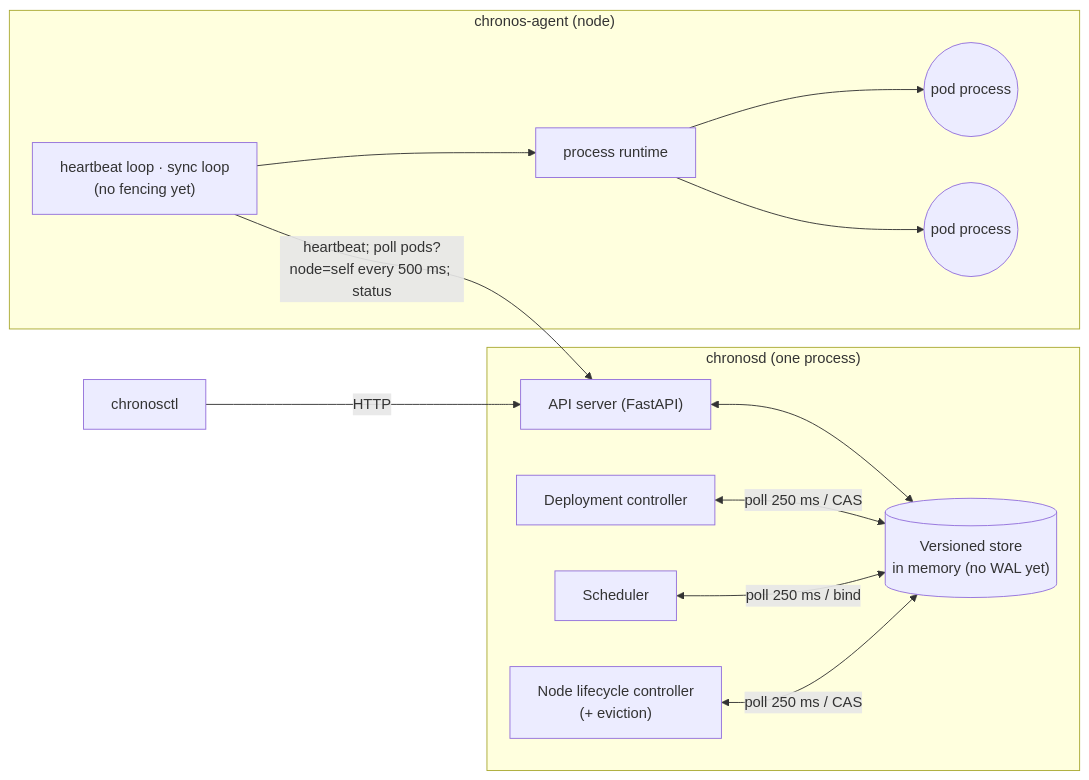
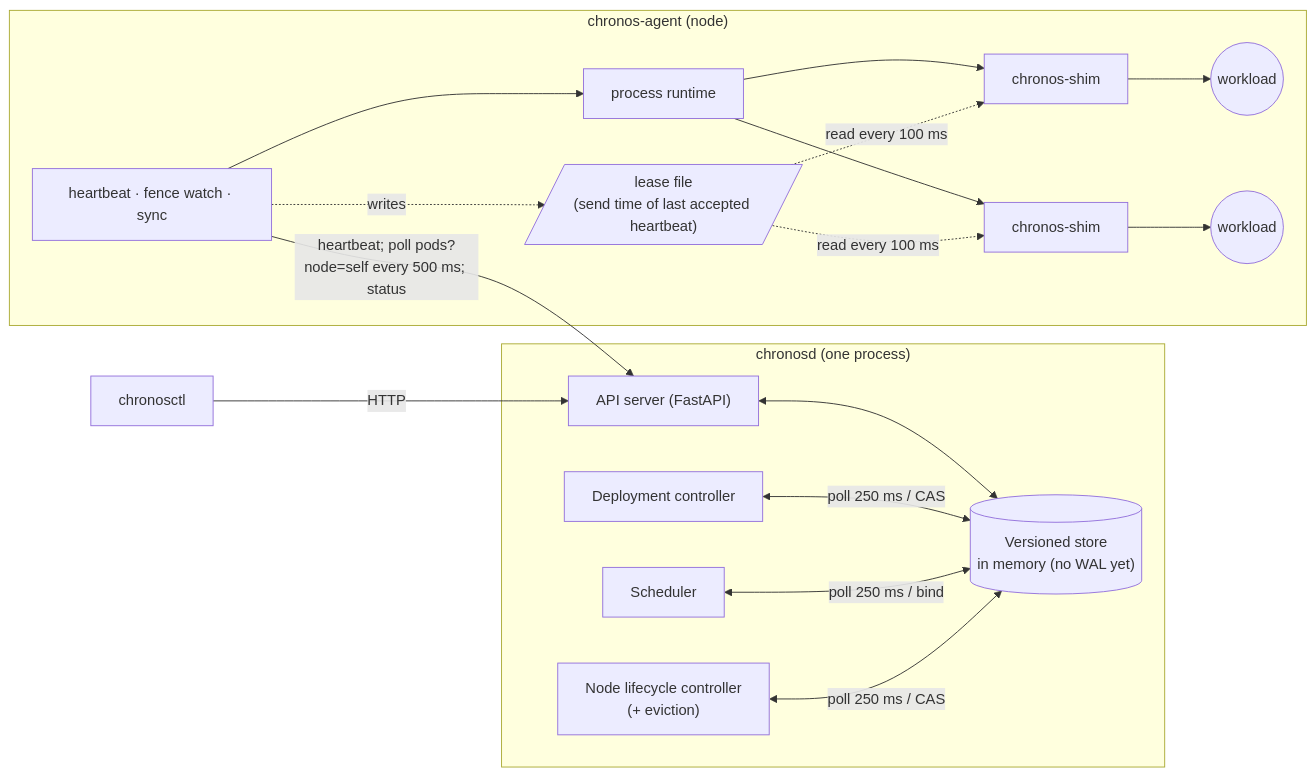
Before and after one commit to kankaniakshat185/Chronos: the diagram in README.md, drawn with Mermaid. The commit also changed other lines of this file and 56 other files, not shown here.

````diff
--- a/README.md
+++ b/README.md
@@ -60,21 +62,24 @@
 ```mermaid
 flowchart LR
     subgraph CP["chronosd (one process)"]
         API["API server (FastAPI)"]
         STORE[("Versioned store<br/>in memory (no WAL yet)")]
         DC["Deployment controller"]
         SCH["Scheduler"]
         NLC["Node lifecycle controller<br/>(+ eviction)"]
         API <--> STORE
         DC <-->|"poll 250 ms / CAS"| STORE
         SCH <-->|"poll 250 ms / bind"| STORE
         NLC <-->|"poll 250 ms / CAS"| STORE
     end
     CLI["chronosctl"] -->|HTTP| API
     subgraph N1["chronos-agent (node)"]
-        A1["heartbeat loop · sync loop<br/>(no fencing yet)"] --> R1["process runtime"]
-        R1 --> W1a(("pod process"))
-        R1 --> W1b(("pod process"))
+        A1["heartbeat · fence watch · sync"] --> R1["process runtime"]
+        A1 -.->|"writes"| L1[/"lease file<br/>(send time of last accepted heartbeat)"/]
+        R1 --> S1a["chronos-shim"] --> W1a(("workload"))
+        R1 --> S1b["chronos-shim"] --> W1b(("workload"))
+        L1 -.->|"read every 100 ms"| S1a
+        L1 -.->|"read every 100 ms"| S1b
     end
     A1 -->|"heartbeat; poll pods?node=self every 500 ms; status"| API
 ```
````
